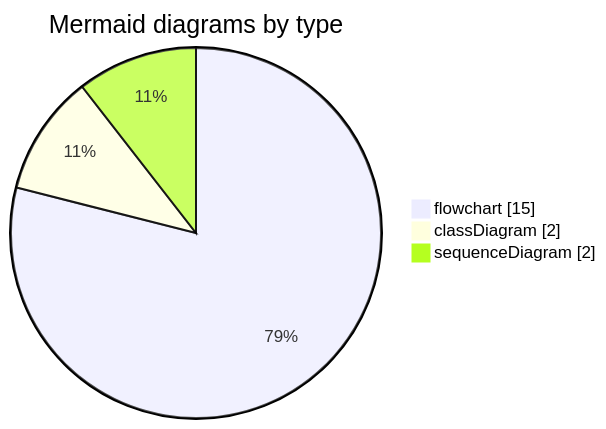
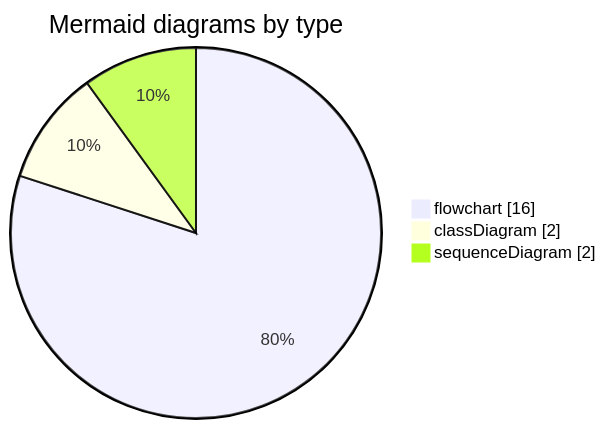
One commit to chris-piekarski/hot-iron changed the second of 2 diagrams in docs/stats.md. Above: the diagram before and after it, drawn with Mermaid. The commit also changed other lines of this file and 94 other files, not shown here.

````diff
--- a/docs/stats.md
+++ b/docs/stats.md
@@ -122,7 +123,7 @@
 ```mermaid
 pie showData
     title Mermaid diagrams by type
-    "flowchart" : 15
+    "flowchart" : 16
     "classDiagram" : 2
     "sequenceDiagram" : 2
 ```
````
